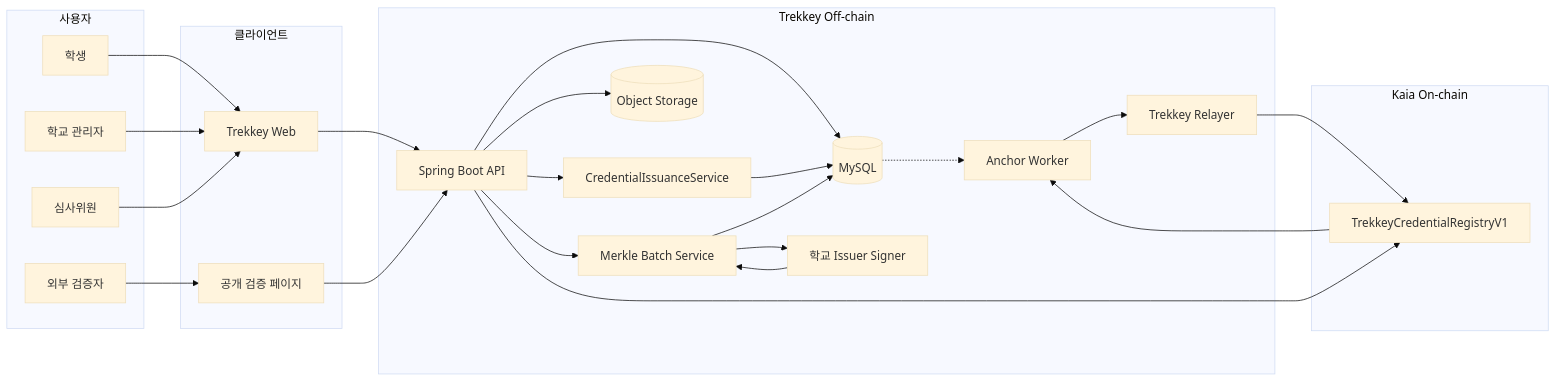
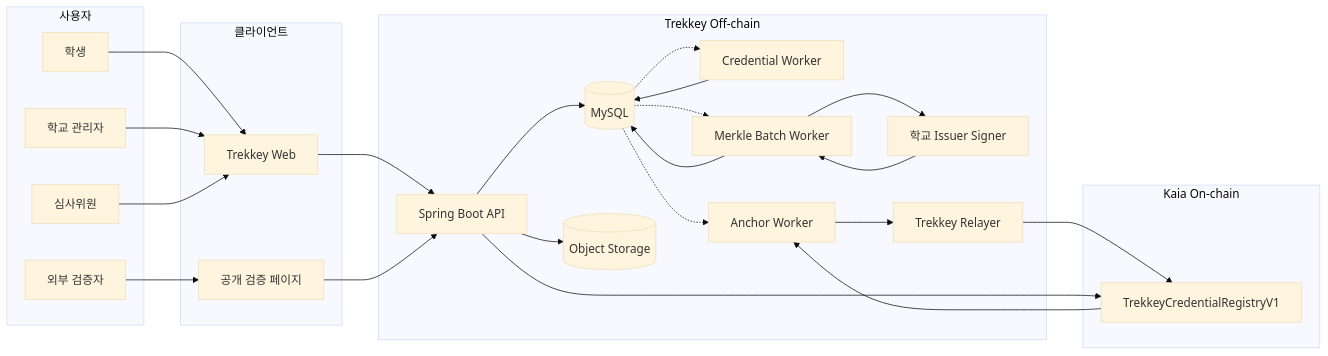
Before and after one commit to Tok-Baro/Trekkey_BackEnd: the first of 22 diagrams in docs/architecture-diagrams.md, drawn with Mermaid (base theme). The commit also changed other lines of this file and 408 other files, not shown here.

````diff
--- a/docs/architecture-diagrams.md
+++ b/docs/architecture-diagrams.md
@@ -23,49 +23,49 @@
 ```mermaid
 flowchart LR
     subgraph actors ["사용자"]
         student["학생"]
         admin["학교 관리자"]
         judge["심사위원"]
         verifier["외부 검증자"]
     end
 
     subgraph client ["클라이언트"]
         web["Trekkey Web"]
         verifyPage["공개 검증 페이지"]
     end
 
     subgraph backend ["Trekkey Off-chain"]
         api["Spring Boot API"]
-        issuanceService["CredentialIssuanceService"]
-        batchService["Merkle Batch Service"]
+        credentialWorker["Credential Worker"]
+        batchWorker["Merkle Batch Worker"]
         anchorWorker["Anchor Worker"]
         mysql[("MySQL")]
         objectStore[("Object Storage")]
         signer["학교 Issuer Signer"]
         relayer["Trekkey Relayer"]
     end
 
     subgraph chain ["Kaia On-chain"]
         registry["TrekkeyCredentialRegistryV1"]
     end
 
     student --> web
     admin --> web
     judge --> web
     verifier --> verifyPage
     web --> api
     verifyPage --> api
     api --> mysql
     api --> objectStore
-    api --> issuanceService
-    issuanceService --> mysql
-    api --> batchService
-    batchService --> mysql
-    batchService --> signer
-    signer --> batchService
+    mysql -.-> credentialWorker
+    credentialWorker --> mysql
+    mysql -.-> batchWorker
+    batchWorker --> mysql
+    batchWorker --> signer
+    signer --> batchWorker
     mysql -.-> anchorWorker
     anchorWorker --> relayer
     relayer --> registry
     registry --> anchorWorker
     api --> registry
 ```
````
